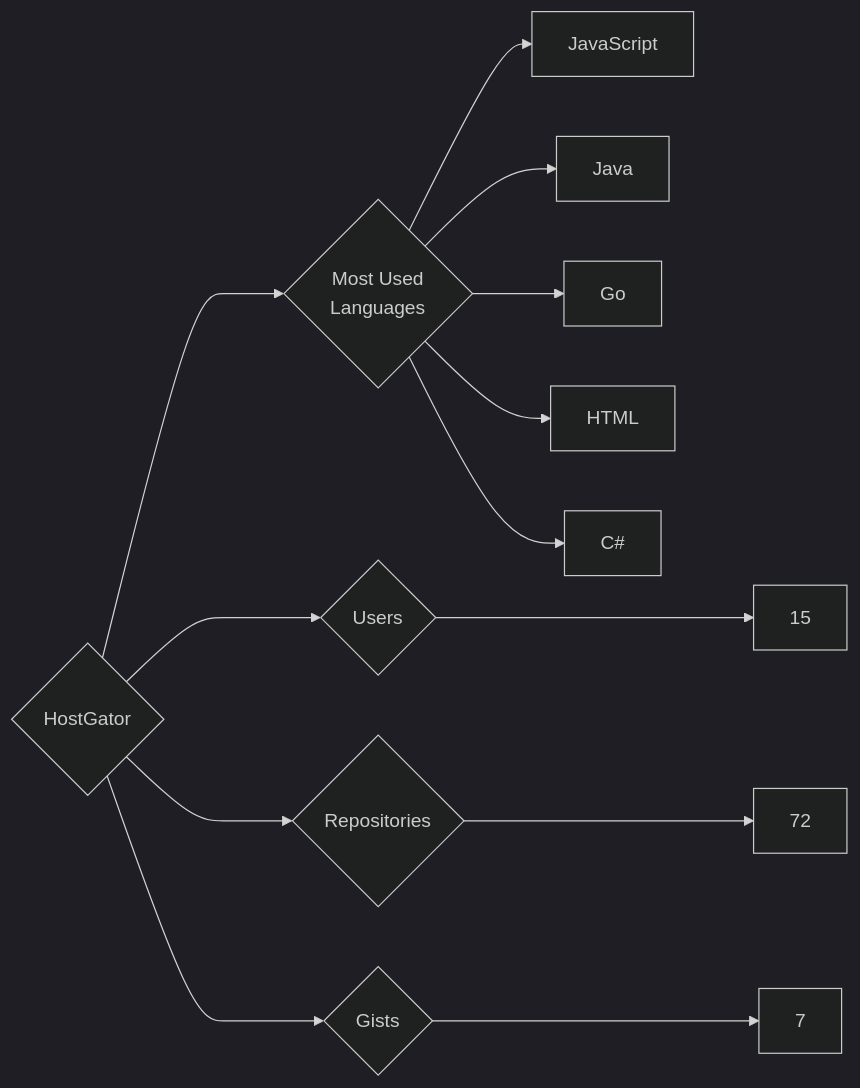
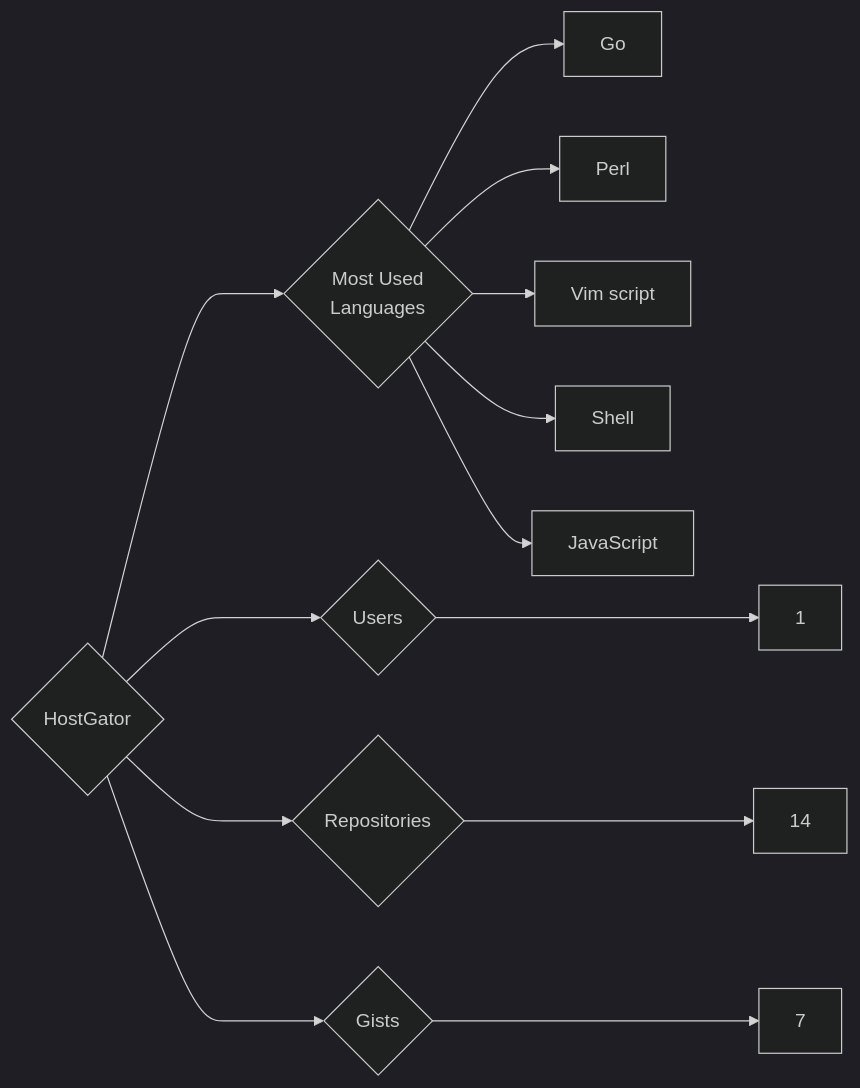
The diagram in targets/HostGator/README.md (trickest/insiders), drawn with Mermaid (dark theme) before and after one commit. The commit also changed 882 other files, not shown here.

````diff
--- a/targets/HostGator/README.md
+++ b/targets/HostGator/README.md
@@ -3,13 +3,13 @@
 ```mermaid
 graph LR
 COMPANY_NAME{HostGator}
-COMPANY_NAME ---> U{Users} ---> UN[15]
-COMPANY_NAME ---> R{Repositories} ---> RN[72]
+COMPANY_NAME ---> U{Users} ---> UN[1]
+COMPANY_NAME ---> R{Repositories} ---> RN[14]
 COMPANY_NAME ---> G{Gists} ---> GN[7]
 COMPANY_NAME ---> ML{Most Used<br>Languages}
+ML --> Go[Go]
+ML --> Perl[Perl]
+ML --> Vim_script[Vim script]
+ML --> Shell[Shell]
 ML --> JavaScript[JavaScript]
-ML --> Java[Java]
-ML --> Go[Go]
-ML --> HTML[HTML]
-ML --> C#[C#]
 ```
````
